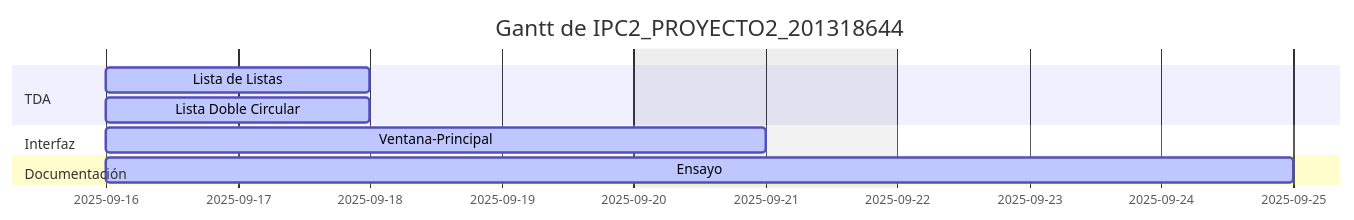
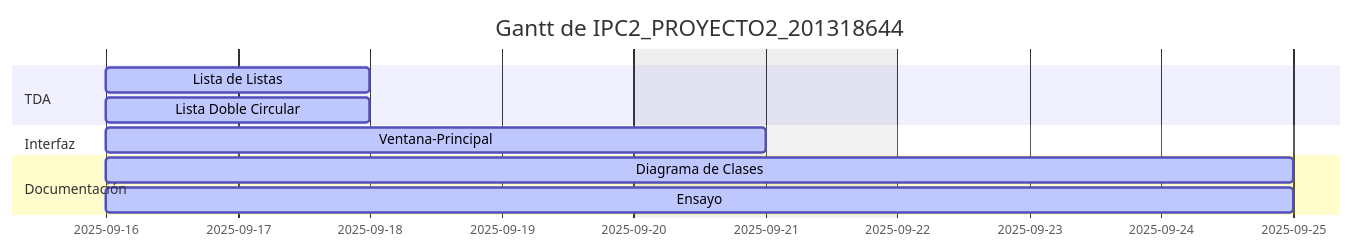
One commit to MynorCifuentes/GuateRiegos-2.0 changed the diagram in docs/gantt.md. Above: the diagram before and after it, drawn with Mermaid.

Commit message:
Actualiza diagrama de Gantt automático

````diff
--- a/docs/gantt.md
+++ b/docs/gantt.md
@@ -1,14 +1,15 @@
 ```mermaid
 gantt
     dateFormat  YYYY-MM-DD
     title Gantt de IPC2_PROYECTO2_201318644
     excludes    weekends
     section TDA
     Lista de Listas :active, 2, 2025-09-16, 2025-09-18
     Lista Doble Circular :active, 1, 2025-09-16, 2025-09-18
     section Interfaz
     Ventana-Principal :active, 3, 2025-09-16, 2025-09-21
     section Reportes
     section Documentación
+    Diagrama de Clases :active, 5, 2025-09-16, 2025-09-25
     Ensayo :active, 4, 2025-09-16, 2025-09-25
 ```
````
